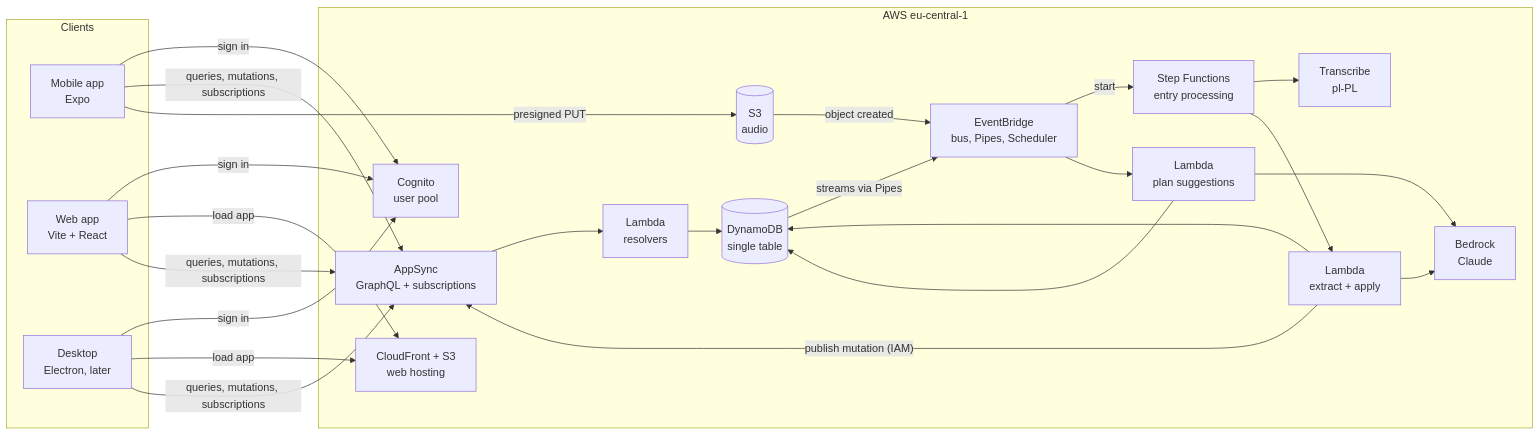
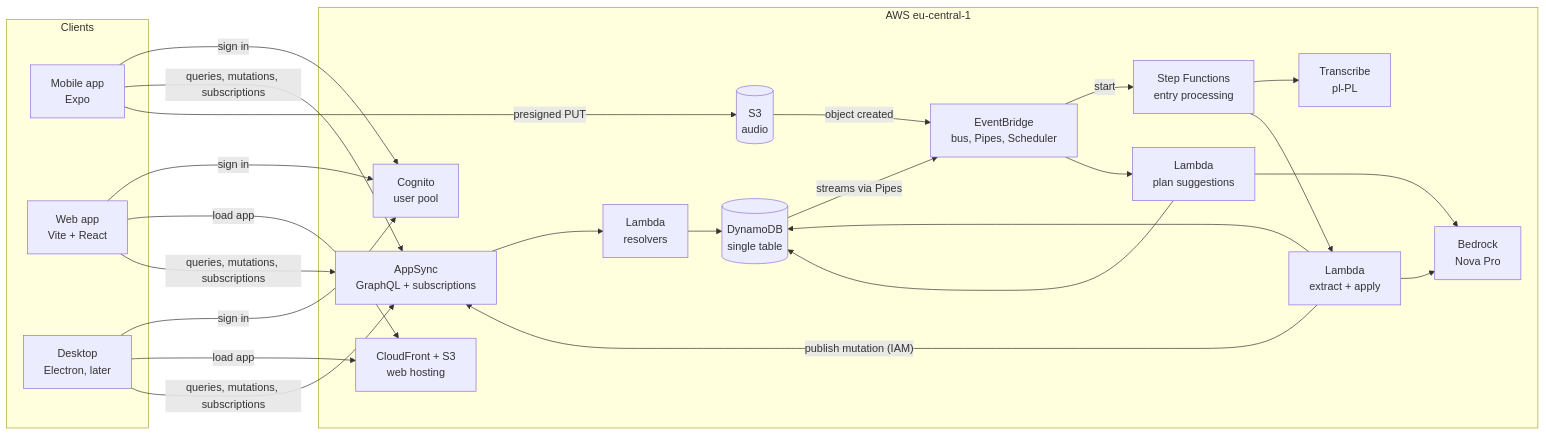
Before and after one commit to tybuszesDev/talktally: the diagram in docs/ARCHITECTURE.md, drawn with Mermaid. The commit also changed 7 other files, not shown here.

````diff
--- a/docs/ARCHITECTURE.md
+++ b/docs/ARCHITECTURE.md
@@ -7,39 +7,39 @@
 ```mermaid
 flowchart LR
   subgraph Clients
     M[Mobile app<br/>Expo]
     W[Web app<br/>Vite + React]
     D[Desktop<br/>Electron, later]
   end
 
   subgraph AWS["AWS eu-central-1"]
     COG[Cognito<br/>user pool]
     CF[CloudFront + S3<br/>web hosting]
     APS[AppSync<br/>GraphQL + subscriptions]
     API[Lambda<br/>resolvers]
     DDB[(DynamoDB<br/>single table)]
     S3A[(S3<br/>audio)]
     SFN[Step Functions<br/>entry processing]
     TR[Transcribe<br/>pl-PL]
     EX[Lambda<br/>extract + apply]
-    BR[Bedrock<br/>Claude]
+    BR[Bedrock<br/>Nova Pro]
     EB[EventBridge<br/>bus, Pipes, Scheduler]
     PL[Lambda<br/>plan suggestions]
   end
 
   M & W & D -- sign in --> COG
   W & D -- load app --> CF
   M & W & D -- queries, mutations, subscriptions --> APS
   APS --> API --> DDB
   M -- presigned PUT --> S3A
   S3A -- object created --> EB
   EB -- start --> SFN
   SFN --> TR
   SFN --> EX
   EX --> BR
   EX --> DDB
   EX -- publish mutation (IAM) --> APS
   DDB -- streams via Pipes --> EB
   EB --> PL --> BR
   PL --> DDB
 ```
````
